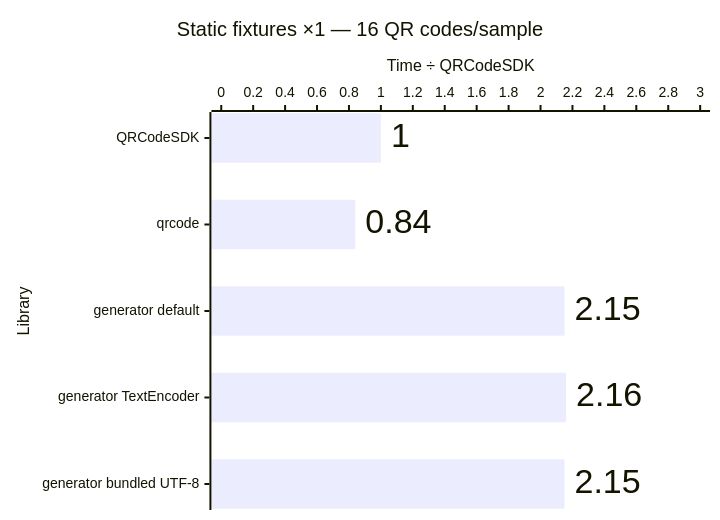
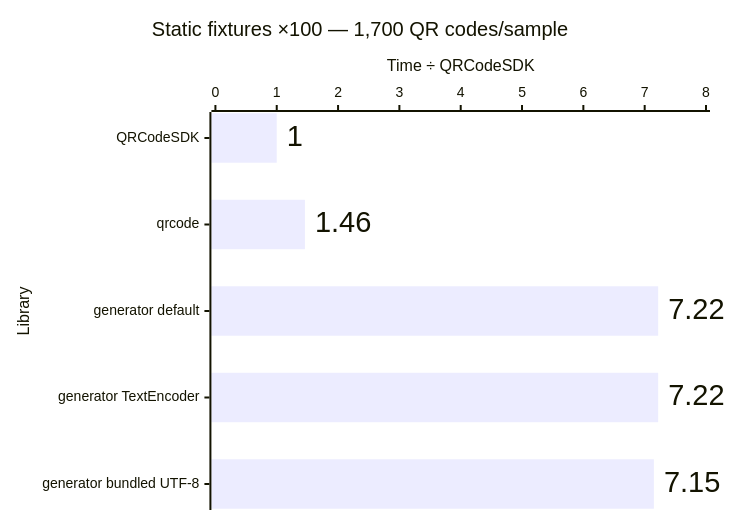
Before and after one commit to Dafnik/qrcodesdk: the seventh of 11 diagrams in apps/docs/src/content/docs/learn/performance.md, drawn with Mermaid. The commit also changed other lines of this file and 23 other files, not shown here.

````diff
--- a/apps/docs/src/content/docs/learn/performance.md
+++ b/apps/docs/src/content/docs/learn/performance.md
@@ -162,15 +152,15 @@
 ```mermaid
 ---
 config:
   xyChart:
     showDataLabel: true
     showDataLabelOutsideBar: true
 ---
 xychart horizontal
-  accTitle: SVG generation: Static fixtures ×1 — 16 QR codes/sample
-  accDescr: Relative median time compared with QRCodeSDK. QRCodeSDK 1.00 times, qrcode 0.84 times, generator default 2.15 times, generator TextEncoder 2.16 times, generator bundled UTF-8 2.15 times. Lower is better.
-  title "Static fixtures ×1 — 16 QR codes/sample"
+  accTitle: Automatic matrix generation: Static fixtures ×100 — 1,700 QR codes/sample
+  accDescr: Relative median time compared with QRCodeSDK. QRCodeSDK 1.00 times, qrcode 1.46 times, generator default 7.22 times, generator TextEncoder 7.22 times, generator bundled UTF-8 7.15 times. Lower is better.
+  title "Static fixtures ×100 — 1,700 QR codes/sample"
   x-axis "Library" ["QRCodeSDK", "qrcode", "generator default", "generator TextEncoder", "generator bundled UTF-8"]
-  y-axis "Time ÷ QRCodeSDK" 0 --> 3.0
-  bar [1.00, 0.84, 2.15, 2.16, 2.15]
+  y-axis "Time ÷ QRCodeSDK" 0 --> 8.0
+  bar [1.00, 1.46, 7.22, 7.22, 7.15]
 ```
````
